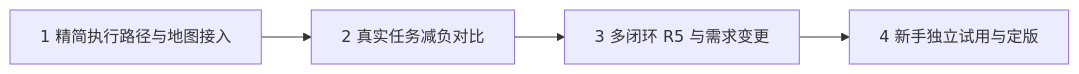
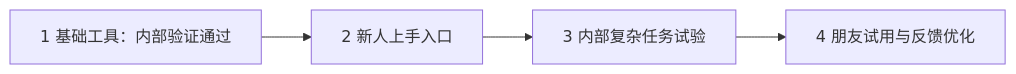
The diagram in README.md (p1utonium/PAAR-aicoding-lite), drawn with Mermaid before and after one commit. The commit also changed other lines of this file and 10 other files, not shown here.

````diff
--- a/README.md
+++ b/README.md
@@ -78,6 +82,6 @@
 ```mermaid
 flowchart LR
-  A["1 精简执行路径与地图接入"] --> B["2 真实任务减负对比"]
-  B --> C["3 多闭环 R5 与需求变更"]
-  C --> D["4 新手独立试用与定版"]
+  A["1 基础工具：内部验证通过"] --> B["2 新人上手入口"]
+  B --> C["3 内部复杂任务试验"]
+  C --> D["4 朋友试用与反馈优化"]
 ```
````
